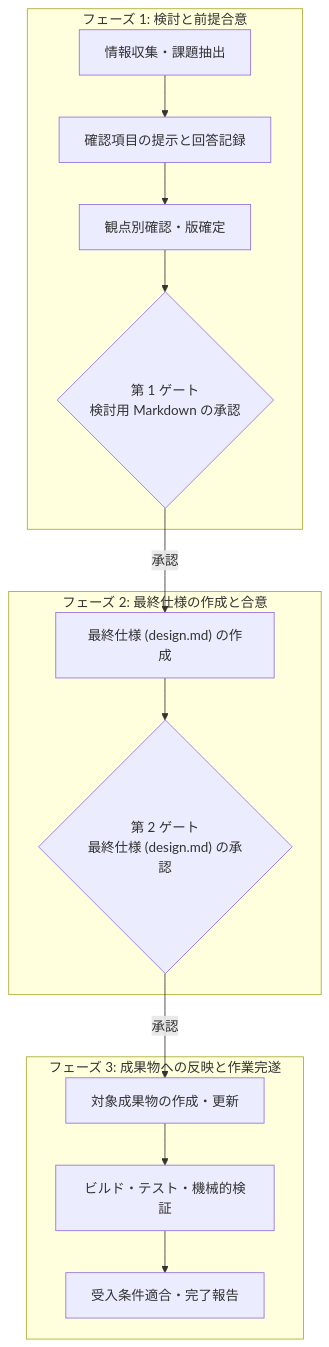
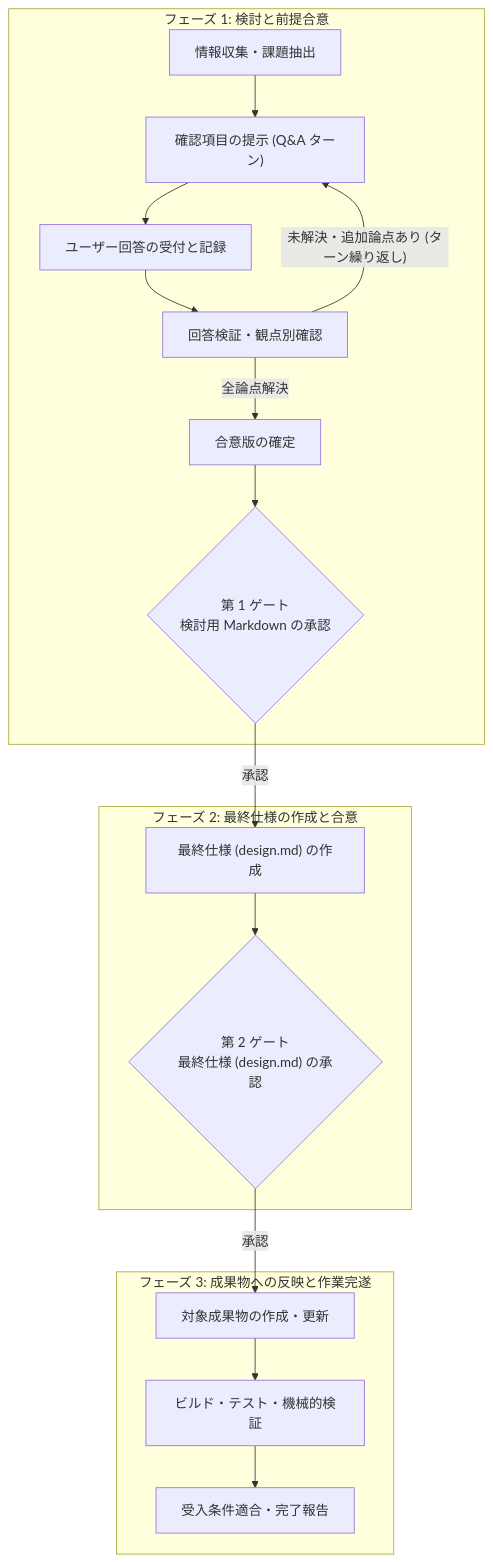
One commit to Hondarer/c-modernization-kit changed the diagram in app/general/.agents/skills/agree-before-generate/SKILL.md. Above: the diagram before and after it, drawn with Mermaid. The commit also changed other lines of this file and 2 other files, not shown here.

Commit message:
agree-before-generate の Q&A ターン繰り返し図表化と質問記述仕様を更新

````diff
--- a/app/general/.agents/skills/agree-before-generate/SKILL.md
+++ b/app/general/.agents/skills/agree-before-generate/SKILL.md
@@ -99,17 +103,20 @@
 ```mermaid
 flowchart TD
     subgraph Phase1["フェーズ 1: 検討と前提合意"]
-        A["情報収集・課題抽出"] --> B["確認項目の提示と回答記録"]
-        B --> C["観点別確認・版確定"]
-        C --> D{"第 1 ゲート<br/>検討用 Markdown の承認"}
+        A["情報収集・課題抽出"] --> B["確認項目の提示 (Q&A ターン)"]
+        B --> C["ユーザー回答の受付と記録"]
+        C --> D["回答検証・観点別確認"]
+        D -- "未解決・追加論点あり (ターン繰り返し)" --> B
+        D -- "全論点解決" --> E["合意版の確定"]
+        E --> F{"第 1 ゲート<br/>検討用 Markdown の承認"}
     end
     subgraph Phase2["フェーズ 2: 最終仕様の作成と合意"]
-        D -- "承認" --> E["最終仕様 (design.md) の作成"]
-        E --> F{"第 2 ゲート<br/>最終仕様 (design.md) の承認"}
+        F -- "承認" --> G["最終仕様 (design.md) の作成"]
+        G --> H{"第 2 ゲート<br/>最終仕様 (design.md) の承認"}
     end
     subgraph Phase3["フェーズ 3: 成果物への反映と作業完遂"]
-        F -- "承認" --> G["対象成果物の作成・更新"]
-        G --> H["ビルド・テスト・機械的検証"]
-        H --> I["受入条件適合・完了報告"]
+        H -- "承認" --> I["対象成果物の作成・更新"]
+        I --> J["ビルド・テスト・機械的検証"]
+        J --> K["受入条件適合・完了報告"]
     end
 ```
````
